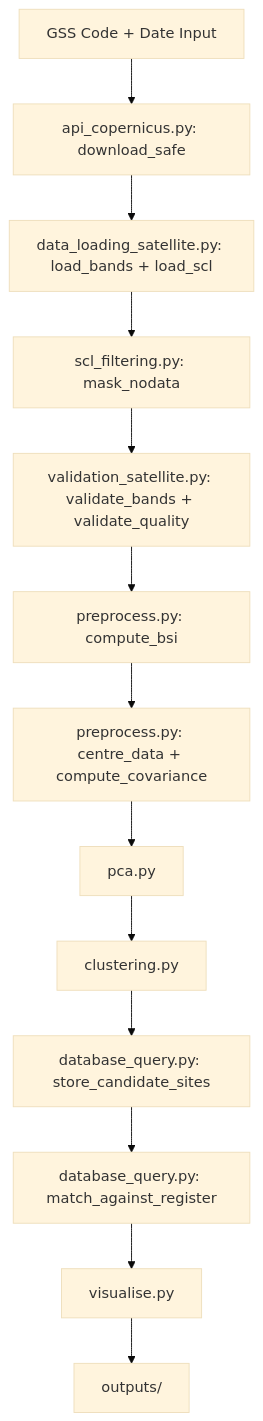
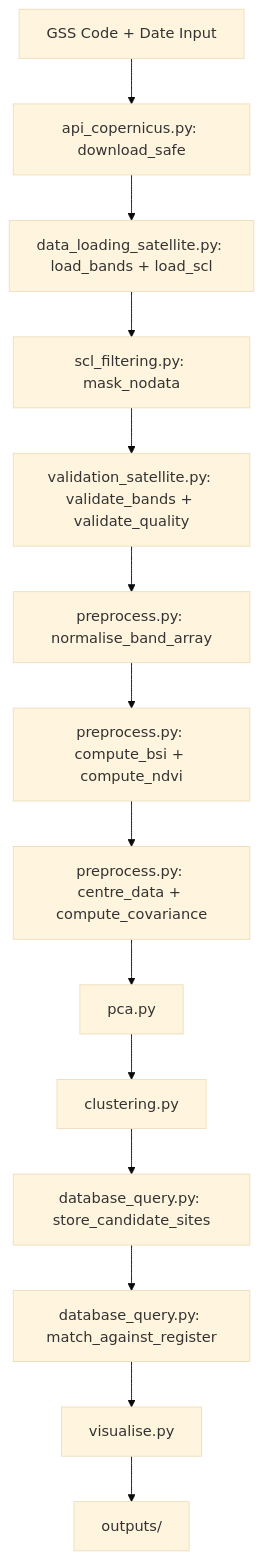
Before and after one commit to LukeWardle/sentinel2-brownfield-stoke: the first of 2 diagrams in DESIGN.md, drawn with Mermaid (base theme). The commit also changed other lines of this file and 4 other files, not shown here.

Commit message:
feat: add normalise_band_array, compute_ndvi, BSI/NDVI calibration EDA notebook, update DESIGN.md pipeline flow and preprocess table

````diff
--- a/DESIGN.md
+++ b/DESIGN.md
@@ -109,15 +109,16 @@
 ```mermaid
 graph TD
     A[GSS Code + Date Input] --> B[api_copernicus.py: download_safe]
     B --> C[data_loading_satellite.py: load_bands + load_scl]
     C --> D[scl_filtering.py: mask_nodata]
     D --> E[validation_satellite.py: validate_bands + validate_quality]
-    E --> F[preprocess.py: compute_bsi]
-    F --> G[preprocess.py: centre_data + compute_covariance]
-    G --> H[pca.py]
-    H --> I[clustering.py]
-    I --> J[database_query.py: store_candidate_sites]
-    J --> K[database_query.py: match_against_register]
-    K --> L[visualise.py]
-    L --> M[outputs/]
+    E --> F[preprocess.py: normalise_band_array]
+    F --> G[preprocess.py: compute_bsi + compute_ndvi]
+    G --> H[preprocess.py: centre_data + compute_covariance]
+    H --> I[pca.py]
+    I --> J[clustering.py]
+    J --> K[database_query.py: store_candidate_sites]
+    K --> L[database_query.py: match_against_register]
+    L --> M[visualise.py]
+    M --> N[outputs/]
 ```
````
